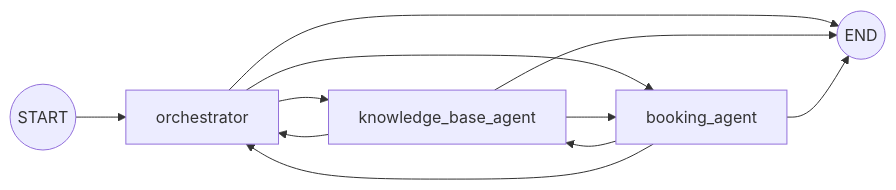
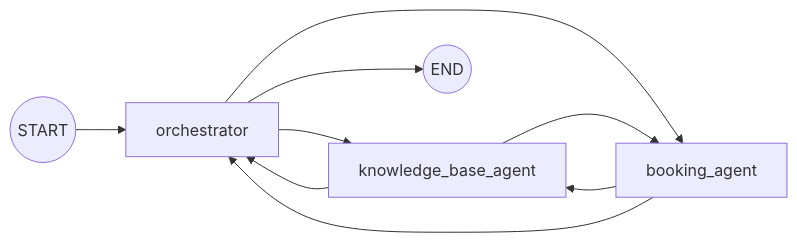
The second of 2 diagrams in README.md (striderr1o1/Ai-Workspace-Operations-Copilot), drawn with Mermaid before and after one commit. The commit also changed other lines of this file, not shown here.

````diff
--- a/README.md
+++ b/README.md
@@ -104,13 +104,11 @@
 ```mermaid
 flowchart LR
     S((START)) --> O[orchestrator]
     O --> K[knowledge_base_agent]
     O --> B[booking_agent]
     K --> B
     B --> K
     K --> O
     B --> O
     O --> E((END))
-    K --> E
-    B --> E
 ```
````
